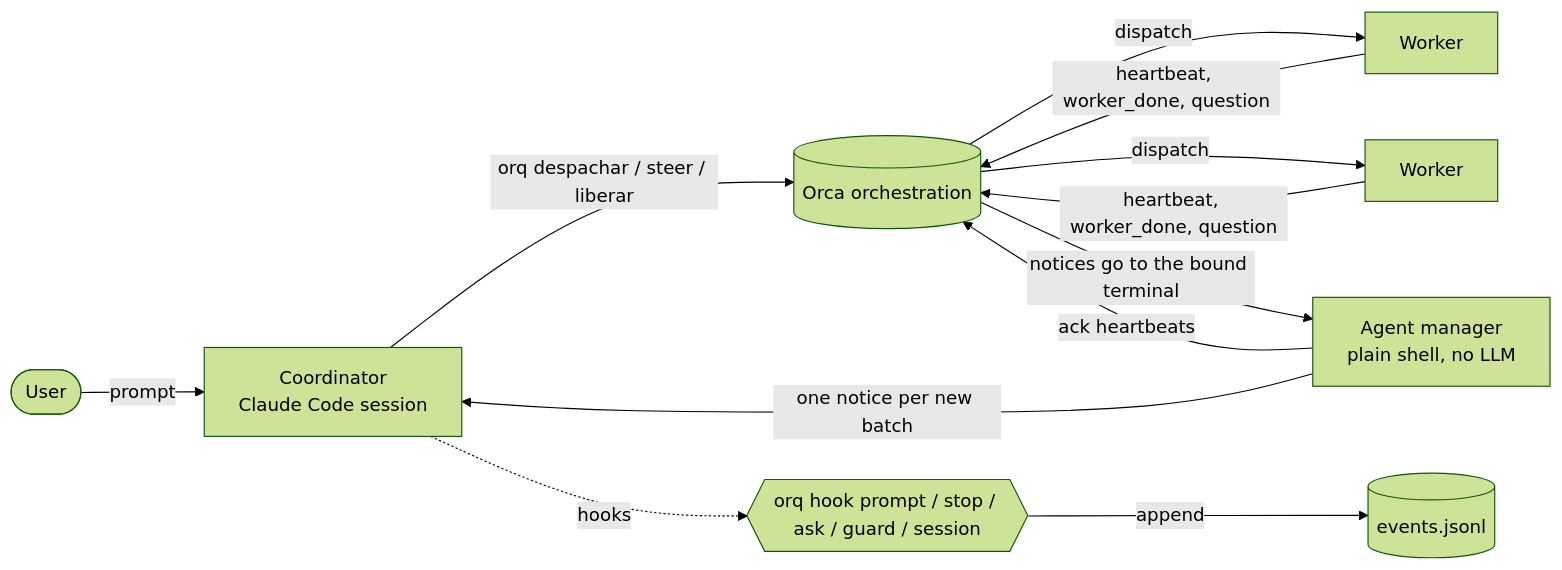
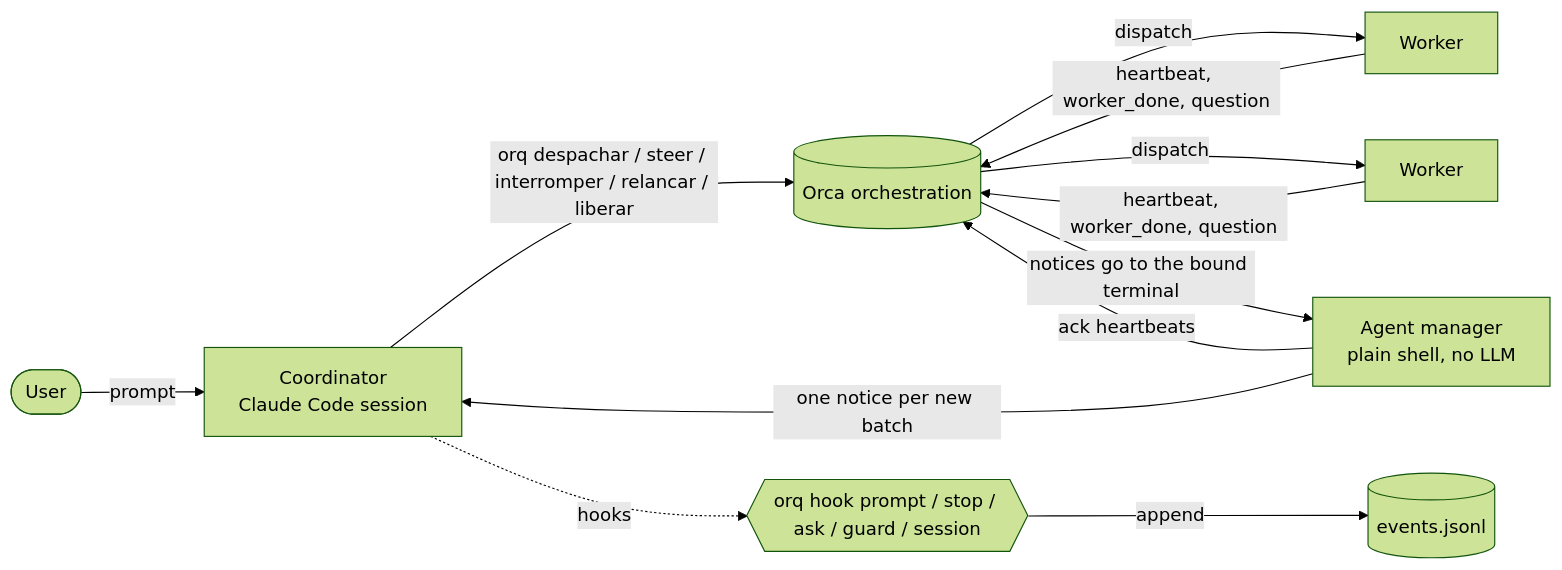
The first of 2 diagrams in README.md (leodiegoo/orq), drawn with Mermaid (forest theme) before and after one commit. The commit also changed other lines of this file and 4 other files, not shown here.

Commit message:
feat: add orq interromper, encerrar and relancar with a control history in orq agentes

````diff
--- a/README.md
+++ b/README.md
@@ -25,14 +25,14 @@
 ```mermaid
 flowchart LR
     U([User]) -->|prompt| C["Coordinator<br/>Claude Code session"]
-    C -->|"orq despachar / steer / liberar"| O[("Orca orchestration")]
+    C -->|"orq despachar / steer / interromper / relancar / liberar"| O[("Orca orchestration")]
     O -->|dispatch| W1[Worker]
     O -->|dispatch| W2[Worker]
     W1 -->|"heartbeat, worker_done, question"| O
     W2 -->|"heartbeat, worker_done, question"| O
     O -->|"notices go to the bound terminal"| M["Agent manager<br/>plain shell, no LLM"]
     M -->|"ack heartbeats"| O
     M -->|"one notice per new batch"| C
     C -.->|hooks| H{{"orq hook prompt / stop / ask / guard / session"}}
     H -->|append| E[("events.jsonl")]
 ```
````
